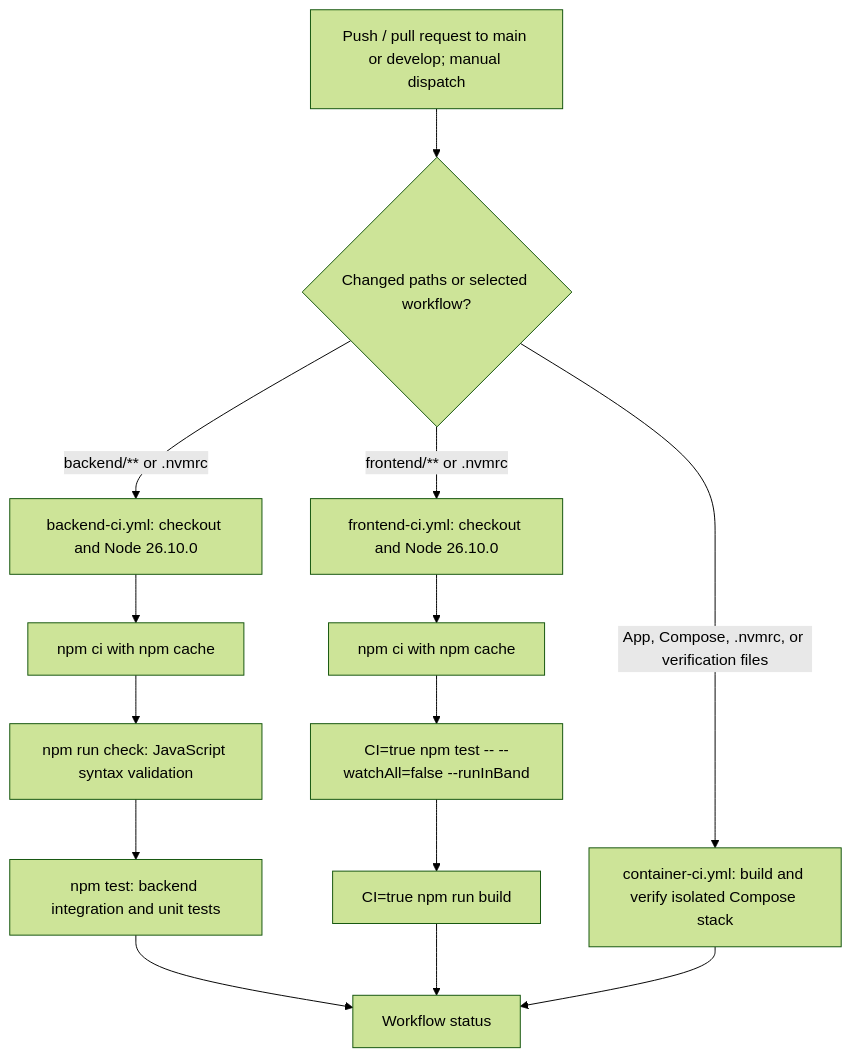
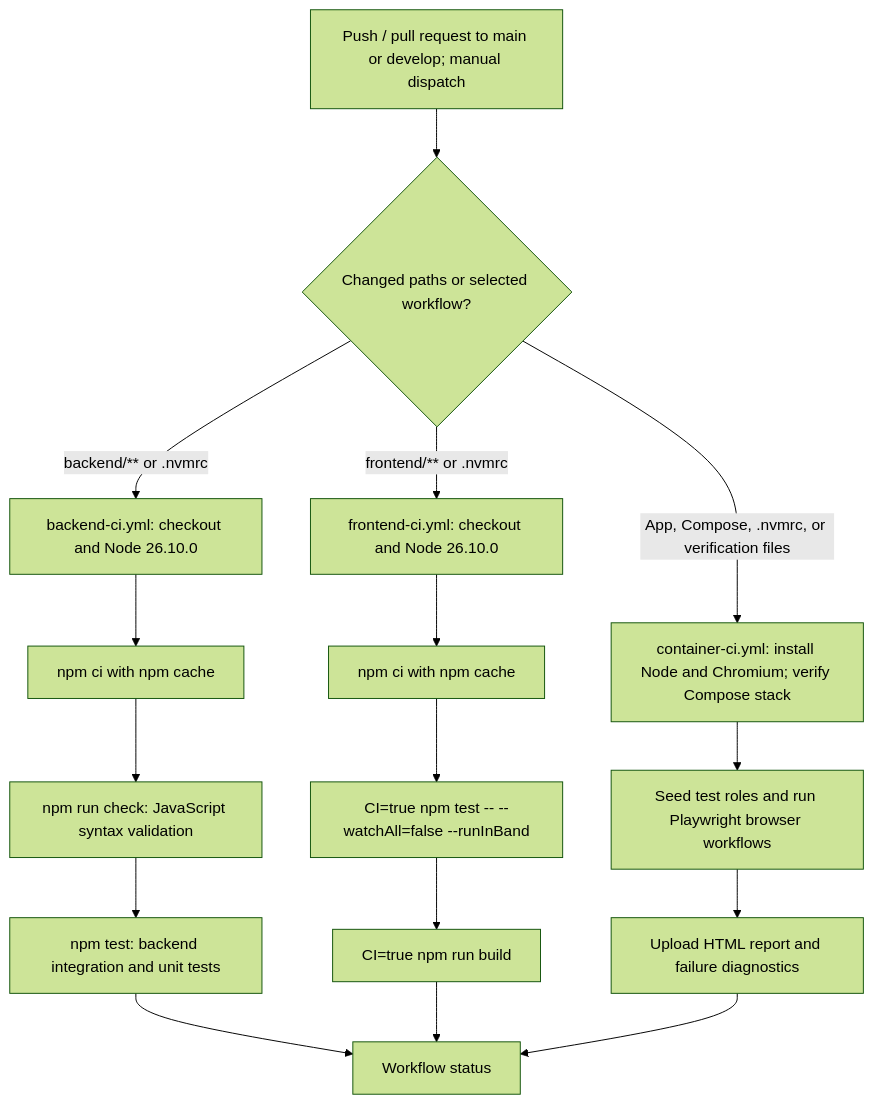
One commit to herve192-hub/WorkSphere changed diagram 35 of 50 in README.md. Above: the diagram before and after it, drawn with Mermaid (forest theme). The commit also changed other lines of this file and 14 other files, not shown here.

Commit message:
playwright test framework added for end-to-end testing

````diff
--- a/README.md
+++ b/README.md
@@ -1572,16 +1620,18 @@
 ```mermaid
 flowchart TD
     Trigger["Push / pull request to main or develop; manual dispatch"] --> Scope{"Changed paths or selected workflow?"}
     Scope -->|"backend/** or .nvmrc"| Backend["backend-ci.yml: checkout and Node 26.10.0"]
     Scope -->|"frontend/** or .nvmrc"| Frontend["frontend-ci.yml: checkout and Node 26.10.0"]
     Backend --> BackendInstall["npm ci with npm cache"]
     BackendInstall --> BackendSyntax["npm run check: JavaScript syntax validation"]
     BackendSyntax --> BackendTests["npm test: backend integration and unit tests"]
     Frontend --> FrontendInstall["npm ci with npm cache"]
     FrontendInstall --> FrontendTests["CI=true npm test -- --watchAll=false --runInBand"]
     FrontendTests --> FrontendBuild["CI=true npm run build"]
-    Scope -->|"App, Compose, .nvmrc, or verification files"| Containers["container-ci.yml: build and verify isolated Compose stack"]
+    Scope -->|"App, Compose, .nvmrc, or verification files"| Containers["container-ci.yml: install Node and Chromium; verify Compose stack"]
+    Containers --> Browser["Seed test roles and run Playwright browser workflows"]
+    Browser --> Reports["Upload HTML report and failure diagnostics"]
     BackendTests --> Result["Workflow status"]
     FrontendBuild --> Result
-    Containers --> Result
+    Reports --> Result
 ```
````
